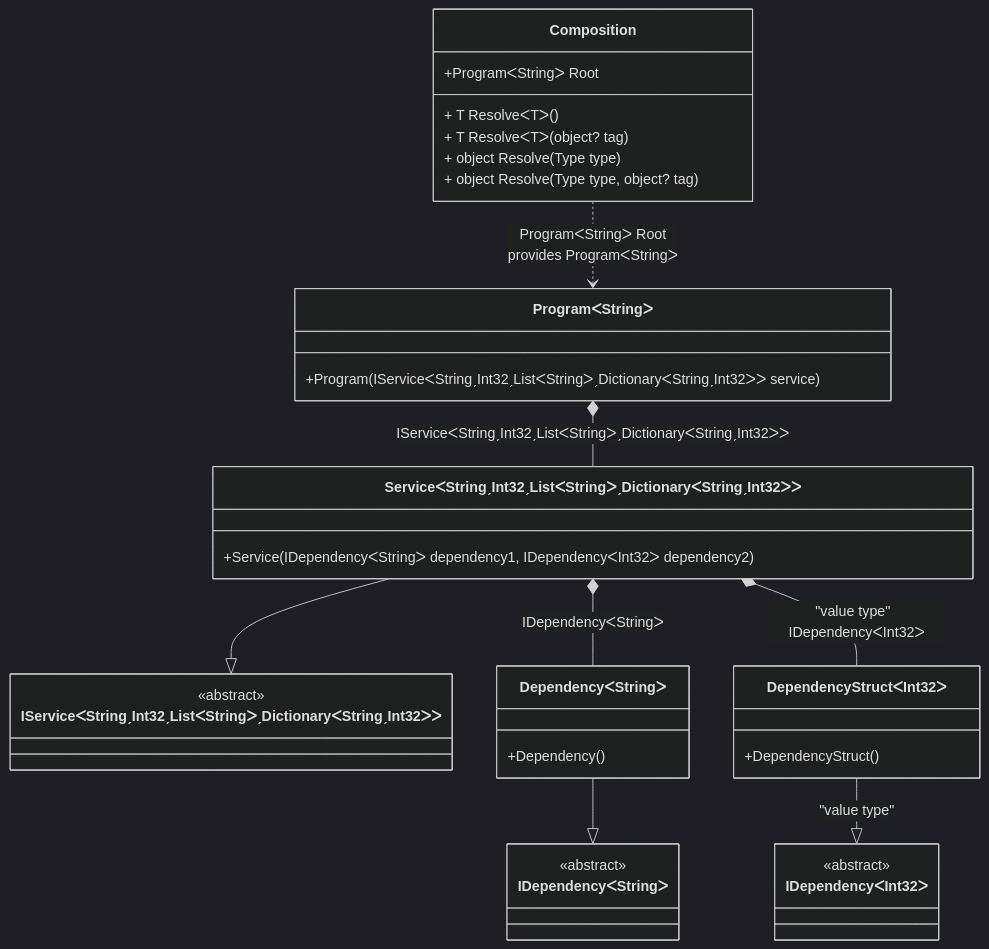
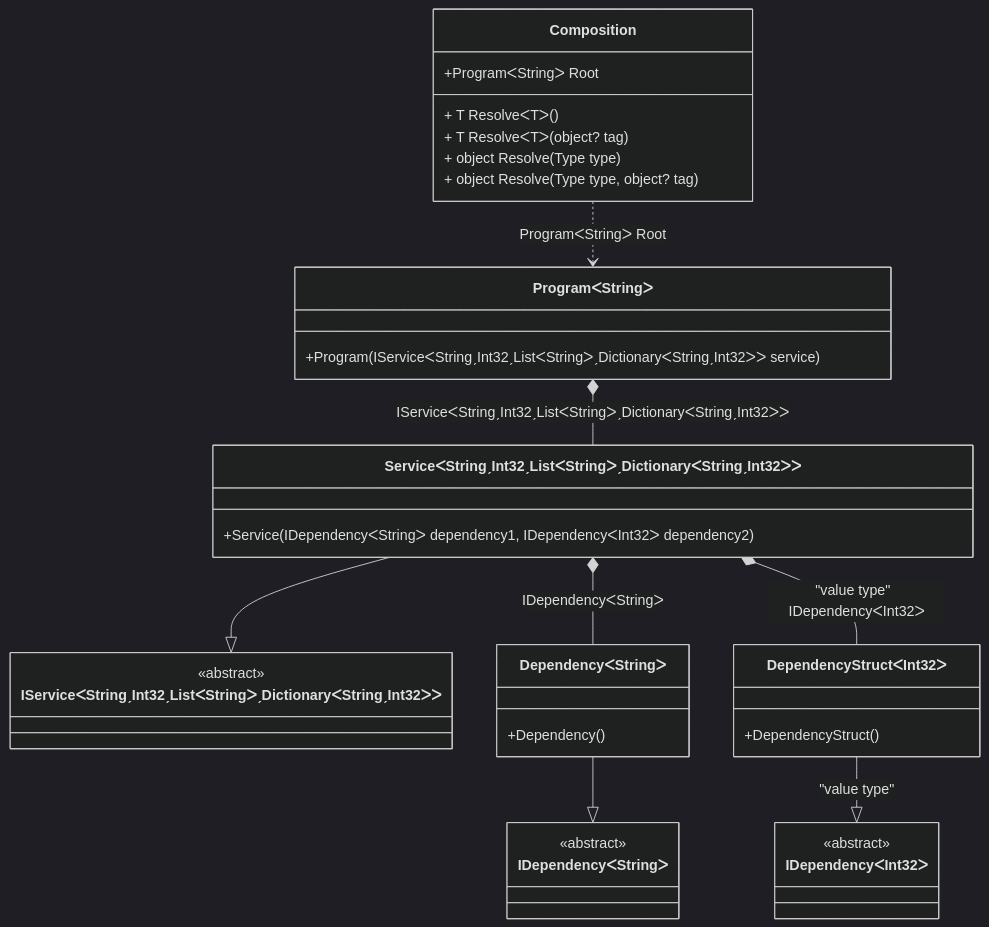
Before and after one commit to DevTeam/Pure.DI: the diagram in readme/complex-generics.md, drawn with Mermaid (dark theme). The commit also changed other lines of this file and 74 other files, not shown here.

````diff
--- a/readme/complex-generics.md
+++ b/readme/complex-generics.md
@@ -64,38 +64,38 @@
 ```mermaid
 classDiagram
   class Composition {
     +ProgramᐸStringᐳ Root
     + T ResolveᐸTᐳ()
     + T ResolveᐸTᐳ(object? tag)
     + object Resolve(Type type)
     + object Resolve(Type type, object? tag)
   }
   class ProgramᐸStringᐳ {
     +Program(IServiceᐸStringˏInt32ˏListᐸStringᐳˏDictionaryᐸStringˏInt32ᐳᐳ service)
   }
   ServiceᐸStringˏInt32ˏListᐸStringᐳˏDictionaryᐸStringˏInt32ᐳᐳ --|> IServiceᐸStringˏInt32ˏListᐸStringᐳˏDictionaryᐸStringˏInt32ᐳᐳ : 
   class ServiceᐸStringˏInt32ˏListᐸStringᐳˏDictionaryᐸStringˏInt32ᐳᐳ {
     +Service(IDependencyᐸStringᐳ dependency1, IDependencyᐸInt32ᐳ dependency2)
   }
   DependencyᐸStringᐳ --|> IDependencyᐸStringᐳ : 
   class DependencyᐸStringᐳ {
     +Dependency()
   }
   DependencyStructᐸInt32ᐳ --|> IDependencyᐸInt32ᐳ : "value type" 
   class DependencyStructᐸInt32ᐳ {
     +DependencyStruct()
   }
   class IServiceᐸStringˏInt32ˏListᐸStringᐳˏDictionaryᐸStringˏInt32ᐳᐳ {
     <<abstract>>
   }
   class IDependencyᐸStringᐳ {
     <<abstract>>
   }
   class IDependencyᐸInt32ᐳ {
     <<abstract>>
   }
   ProgramᐸStringᐳ *--  ServiceᐸStringˏInt32ˏListᐸStringᐳˏDictionaryᐸStringˏInt32ᐳᐳ : IServiceᐸStringˏInt32ˏListᐸStringᐳˏDictionaryᐸStringˏInt32ᐳᐳ
-  Composition ..> ProgramᐸStringᐳ : ProgramᐸStringᐳ Root<br/>provides ProgramᐸStringᐳ
+  Composition ..> ProgramᐸStringᐳ : ProgramᐸStringᐳ Root
   ServiceᐸStringˏInt32ˏListᐸStringᐳˏDictionaryᐸStringˏInt32ᐳᐳ *--  DependencyᐸStringᐳ : IDependencyᐸStringᐳ
   ServiceᐸStringˏInt32ˏListᐸStringᐳˏDictionaryᐸStringˏInt32ᐳᐳ *--  DependencyStructᐸInt32ᐳ : "value type"  IDependencyᐸInt32ᐳ
 ```
````
